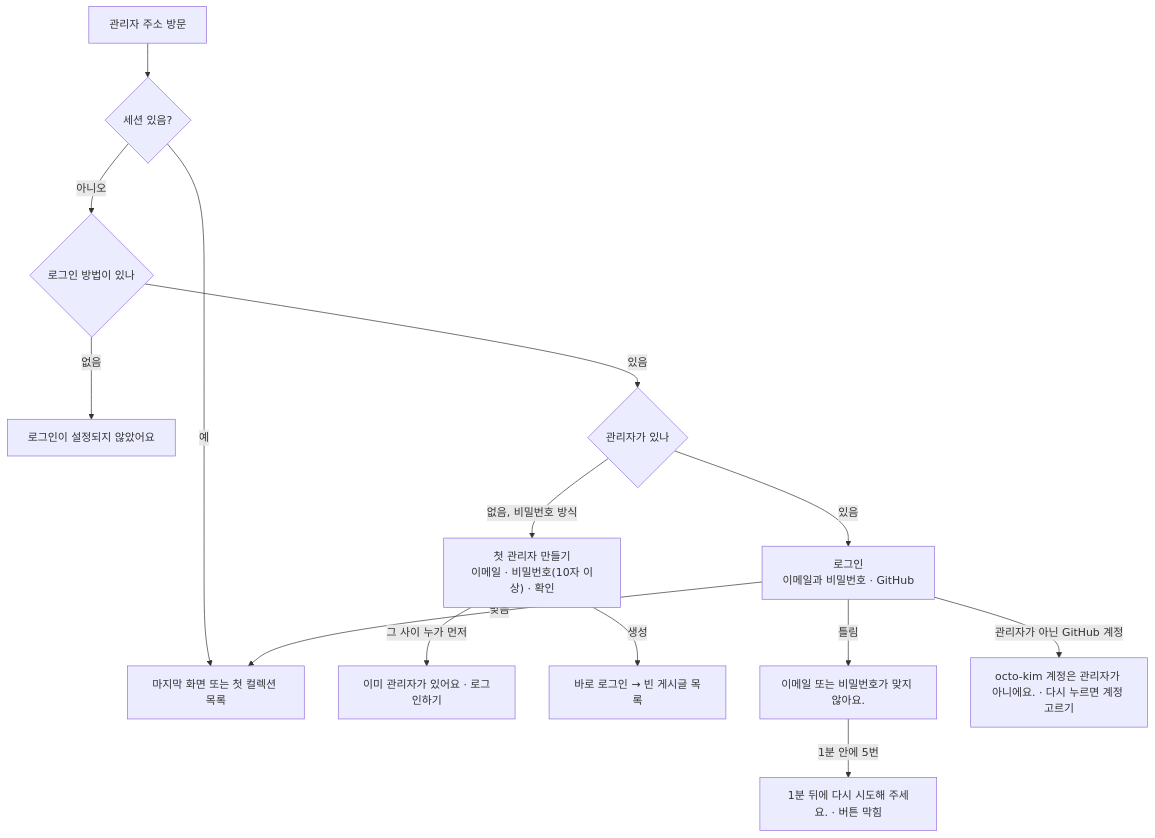
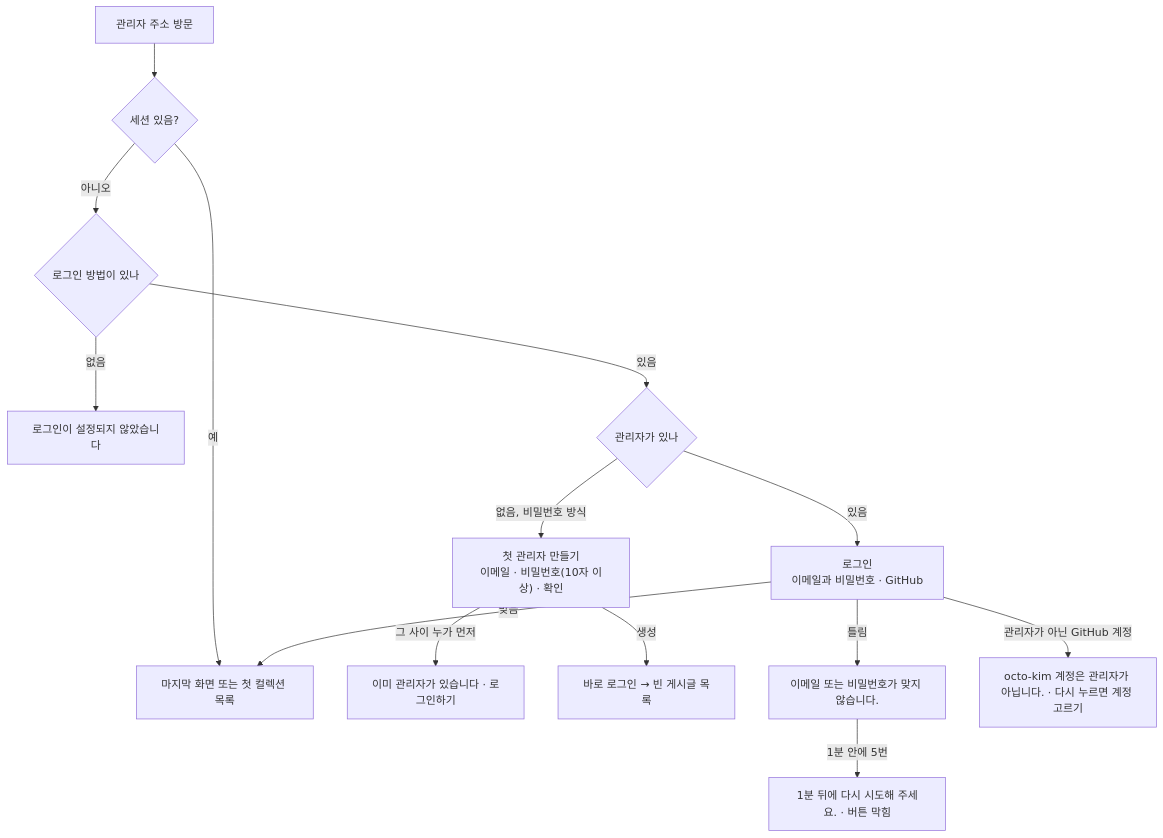
One commit to monti-cms/monti changed the first of 2 diagrams in docs/design/features/15-login-and-frame.md. Above: the diagram before and after it, drawn with Mermaid. The commit also changed other lines of this file and 188 other files, not shown here.

````diff
--- a/docs/design/features/15-login-and-frame.md
+++ b/docs/design/features/15-login-and-frame.md
@@ -24,16 +24,16 @@
 ```mermaid
 flowchart TD
   V["관리자 주소 방문"] --> S{"세션 있음?"}
   S -->|예| IN["마지막 화면 또는 첫 컬렉션 목록"]
   S -->|아니오| M{"로그인 방법이 있나"}
-  M -->|없음| NONE["로그인이 설정되지 않았어요"]
+  M -->|없음| NONE["로그인이 설정되지 않았습니다"]
   M -->|있음| A{"관리자가 있나"}
   A -->|없음, 비밀번호 방식| FIRST["첫 관리자 만들기<br/>이메일 · 비밀번호(10자 이상) · 확인"]
-  FIRST -->|그 사이 누가 먼저| CLOSED["이미 관리자가 있어요 · 로그인하기"]
+  FIRST -->|그 사이 누가 먼저| CLOSED["이미 관리자가 있습니다 · 로그인하기"]
   FIRST -->|생성| EMPTY["바로 로그인 → 빈 게시글 목록"]
   A -->|있음| L["로그인<br/>이메일과 비밀번호 · GitHub"]
-  L -->|틀림| WRONG["이메일 또는 비밀번호가 맞지 않아요."]
+  L -->|틀림| WRONG["이메일 또는 비밀번호가 맞지 않습니다."]
   WRONG -->|1분 안에 5번| LOCK["1분 뒤에 다시 시도해 주세요. · 버튼 막힘"]
-  L -->|관리자가 아닌 GitHub 계정| DENY["octo-kim 계정은 관리자가 아니에요. · 다시 누르면 계정 고르기"]
+  L -->|관리자가 아닌 GitHub 계정| DENY["octo-kim 계정은 관리자가 아닙니다. · 다시 누르면 계정 고르기"]
   L -->|맞음| IN
 ```
````
